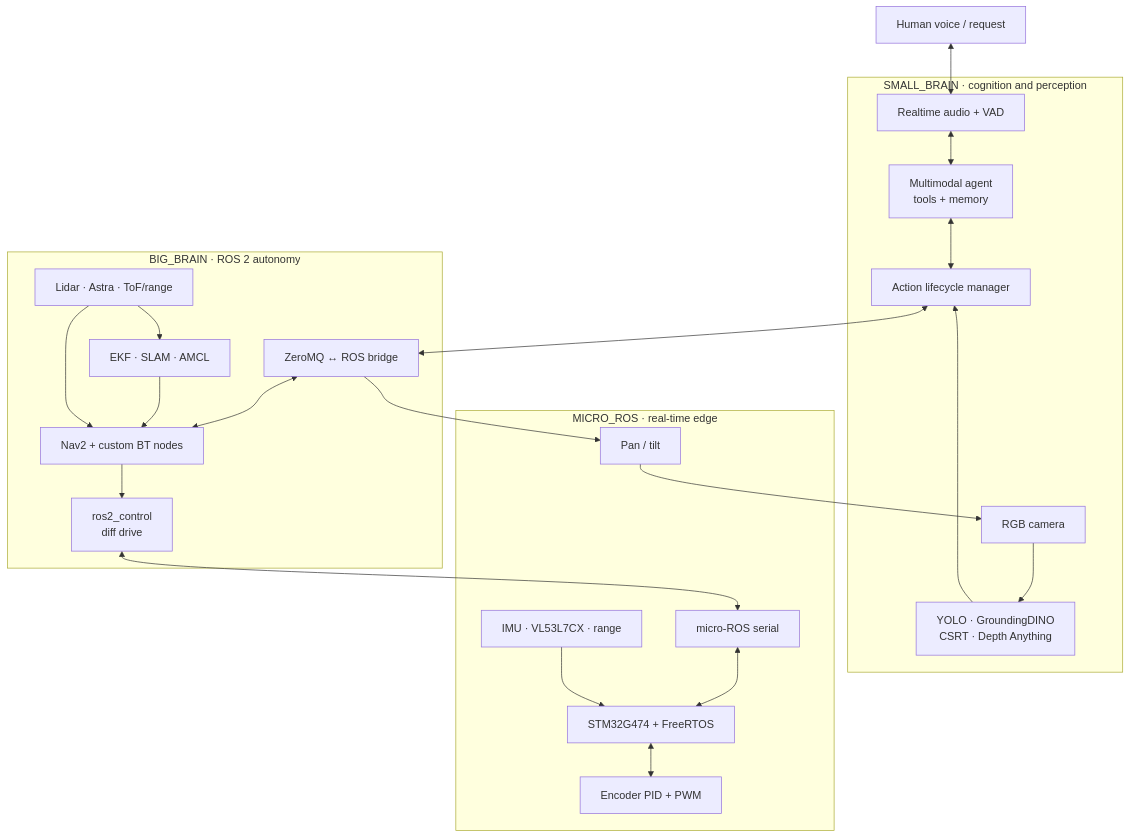
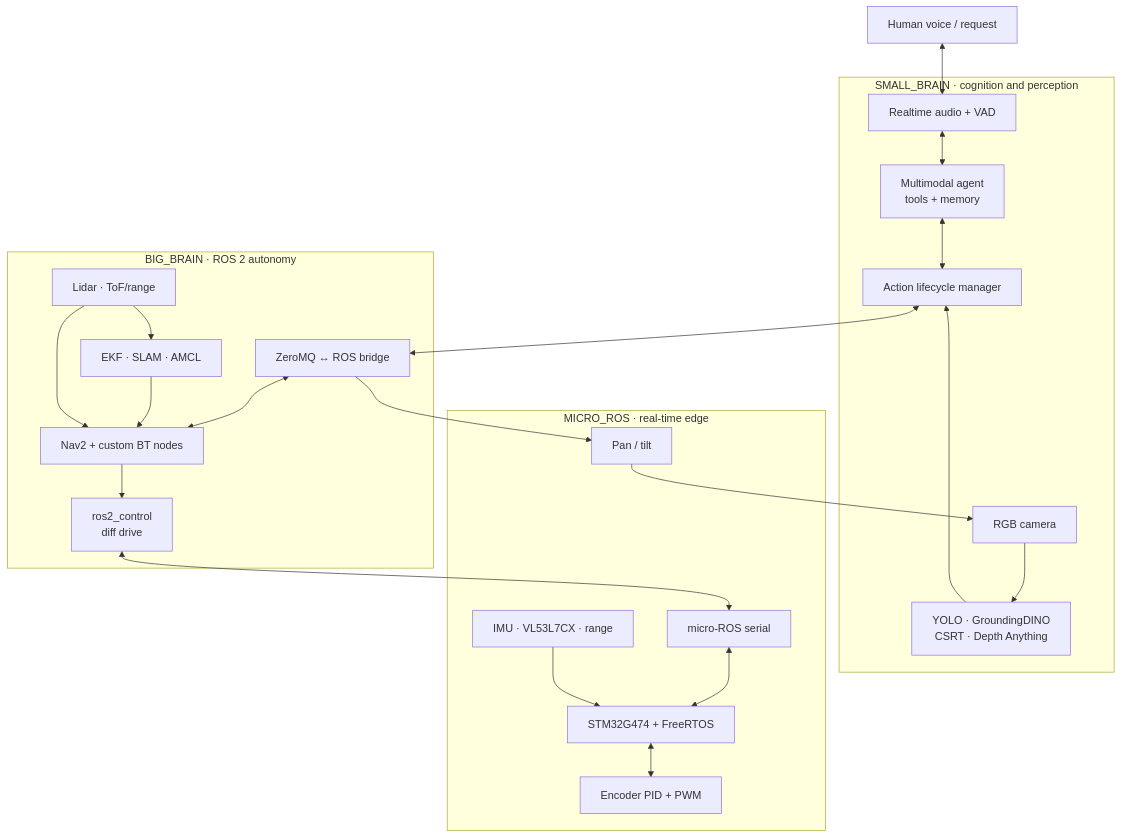
Before and after one commit to Dddjdbcdn/mobile-robot-with-acceptable-intelligence: the diagram in README.md, drawn with Mermaid. The commit also changed other lines of this file and 80 other files, not shown here.

````diff
--- a/README.md
+++ b/README.md
@@ -52,33 +52,33 @@
 ```mermaid
 flowchart TB
     Human[Human voice / request]
     subgraph SB[SMALL_BRAIN · cognition and perception]
         Audio[Realtime audio + VAD]
         Agent[Multimodal agent<br/>tools + memory]
         Cognition[Action lifecycle manager]
         Vision[YOLO · GroundingDINO<br/>CSRT · Depth Anything]
         Camera[RGB camera]
     end
     subgraph BB[BIG_BRAIN · ROS 2 autonomy]
         Bridge[ZeroMQ ↔ ROS bridge]
         Nav[Nav2 + custom BT nodes]
         State[EKF · SLAM · AMCL]
         Control[ros2_control<br/>diff drive]
-        Sensors[Lidar · Astra · ToF/range]
+        Sensors[Lidar · ToF/range]
     end
     subgraph MR[MICRO_ROS · real-time edge]
         Link[micro-ROS serial]
         MCU[STM32G474 + FreeRTOS]
         Motor[Encoder PID + PWM]
         Embedded[IMU · VL53L7CX · range]
         Servos[Pan / tilt]
     end
     Human <--> Audio <--> Agent <--> Cognition <--> Bridge
     Camera --> Vision --> Cognition
     Bridge <--> Nav --> Control <--> Link <--> MCU
     Sensors --> State --> Nav
     Sensors --> Nav
     Bridge --> Servos --> Camera
     MCU <--> Motor
     Embedded --> MCU
 ```
````
